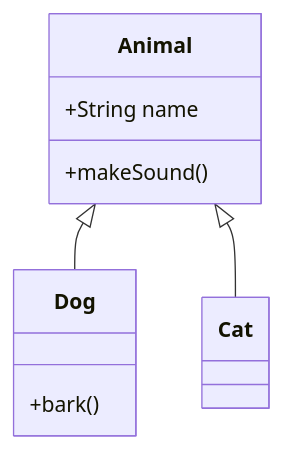
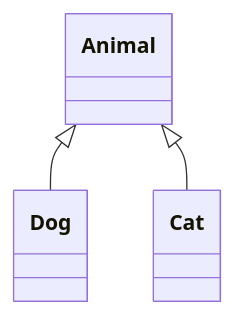
The sixth of 10 diagrams in skills/mermaid-diagrams/references/class-diagrams.md (betterlmy/agent-skills), drawn with Mermaid before and after one commit. The commit also changed other lines of this file and 46 other files, not shown here.

````diff
--- a/skills/mermaid-diagrams/references/class-diagrams.md
+++ b/skills/mermaid-diagrams/references/class-diagrams.md
@@ -67,14 +67,5 @@
 ```mermaid
 classDiagram
     Animal <|-- Dog
     Animal <|-- Cat
-    
-    class Animal {
-        +String name
-        +makeSound()
-    }
-    
-    class Dog {
-        +bark()
-    }
 ```
````
